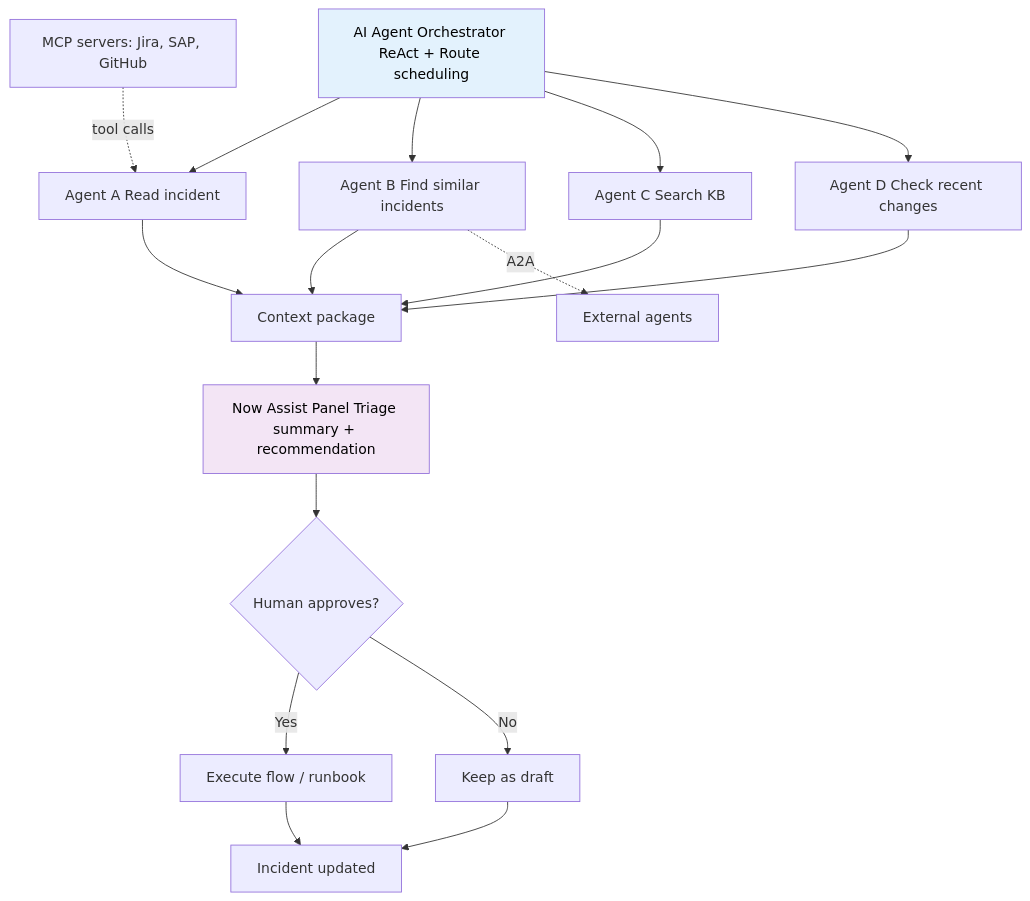
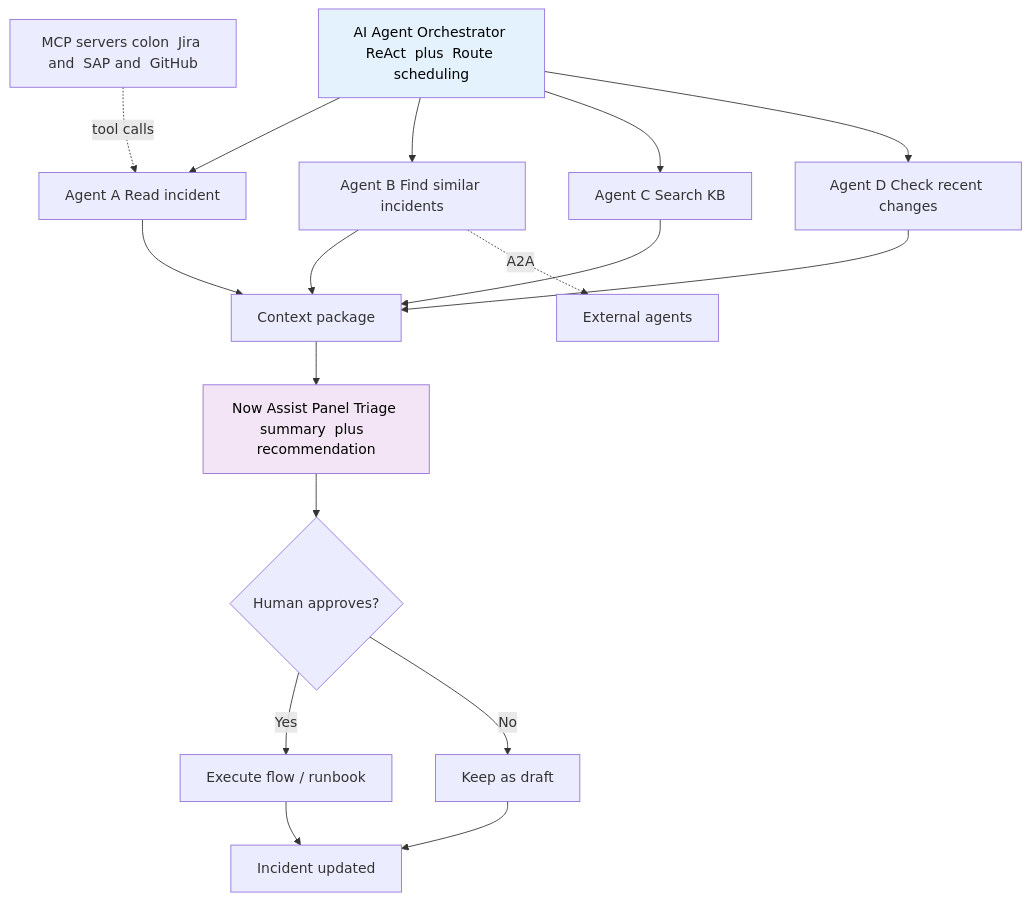
Before and after one commit to eltonaguiar/ServiceNow_Learning_TSOM-_CSM_FSM_SalesCRM_HAM_ITSM: the fifth of 6 diagrams in docs/modules/ai/ai-guide.md, drawn with Mermaid. The commit also changed other lines of this file and 19 other files, not shown here.

Commit message:
Fix all Mermaid diagram special characters - replace dollar, parens, slashes, quotes, pipes, nested brackets and other unsafe chars inside brackets with safe alternatives across 19 files

````diff
--- a/docs/modules/ai/ai-guide.md
+++ b/docs/modules/ai/ai-guide.md
@@ -1157,24 +1157,24 @@
 ```mermaid
 graph TD
-    Orch[AI Agent Orchestrator ReAct + Route scheduling] --> A1[Agent A Read incident]
+    Orch[AI Agent Orchestrator ReAct  plus  Route scheduling] --> A1[Agent A Read incident]
     Orch --> A2[Agent B Find similar incidents]
     Orch --> A3[Agent C Search KB]
     Orch --> A4[Agent D Check recent changes]
 
     A1 --> Merge[Context package]
     A2 --> Merge
     A3 --> Merge
     A4 --> Merge
-    Merge --> Panel[Now Assist Panel Triage summary + recommendation]
+    Merge --> Panel[Now Assist Panel Triage summary  plus  recommendation]
     Panel --> Human{Human approves?}
     Human -->|Yes| Exec[Execute flow / runbook]
     Human -->|No| Draft[Keep as draft]
     Exec --> Done[Incident updated]
     Draft --> Done
 
-    MCP[MCP servers: Jira, SAP, GitHub] -.->|tool calls| A1
+    MCP[MCP servers colon  Jira and  SAP and  GitHub] -.->|tool calls| A1
     A2 -.->|A2A| Ext[External agents]
 
     style Orch fill:#e3f2fd,color:#000
     style Panel fill:#f3e5f5,color:#000
 ```
````
